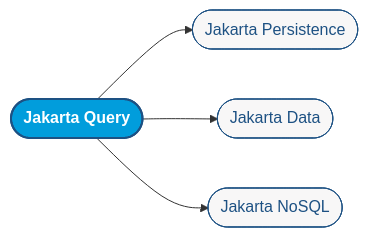
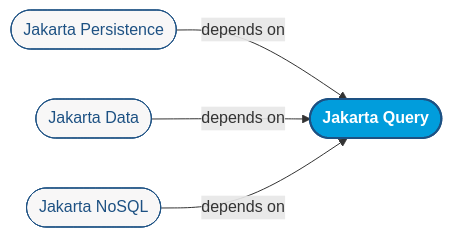
One commit to jakartaee/query changed the first of 3 diagrams in README.md. Above: the diagram before and after it, drawn with Mermaid.

Commit message:
docs: update mermaid diagram to clarify dependencies in Jakarta Query

````diff
--- a/README.md
+++ b/README.md
@@ -13,15 +13,9 @@
 ```mermaid
 graph LR
-  JQ([Jakarta Query]):::main
+    JP([Jakarta Persistence]):::spec -->|depends on| JQ([Jakarta Query]):::main
+    JD([Jakarta Data]):::spec -->|depends on| JQ
+    JN([Jakarta NoSQL]):::spec -->|depends on| JQ
 
-  JP([Jakarta Persistence]):::spec
-  JD([Jakarta Data]):::spec
-  JN([Jakarta NoSQL]):::spec
-
-  JQ --> JP
-  JQ --> JD
-  JQ --> JN
-
-  classDef main fill:#019DDC,stroke:#1D5183,stroke-width:2px,color:#fff,font-weight:bold
-  classDef spec fill:#F8F7F7,stroke:#1D5183,stroke-width:1px,color:#1D5183
+    classDef main fill:#019DDC,stroke:#1D5183,stroke-width:2px,color:#fff,font-weight:bold
+    classDef spec fill:#F8F7F7,stroke:#1D5183,stroke-width:1px,color:#1D5183
 ```
````
